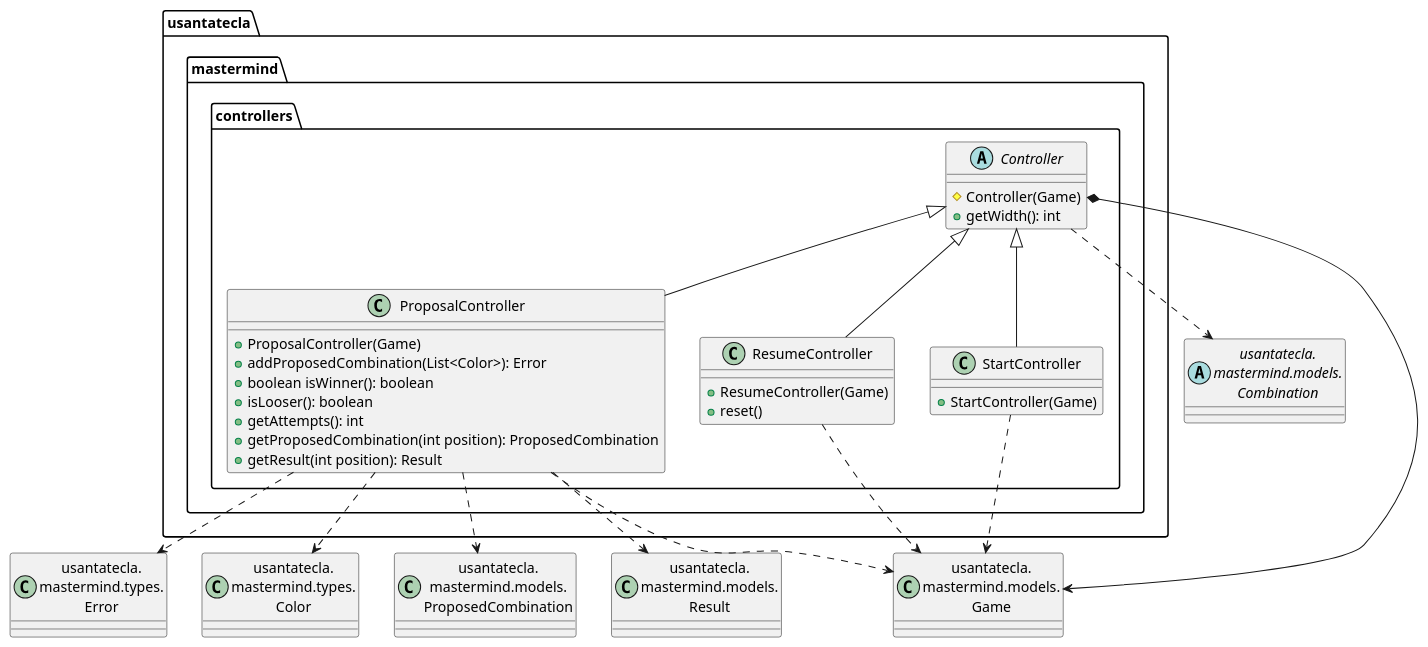
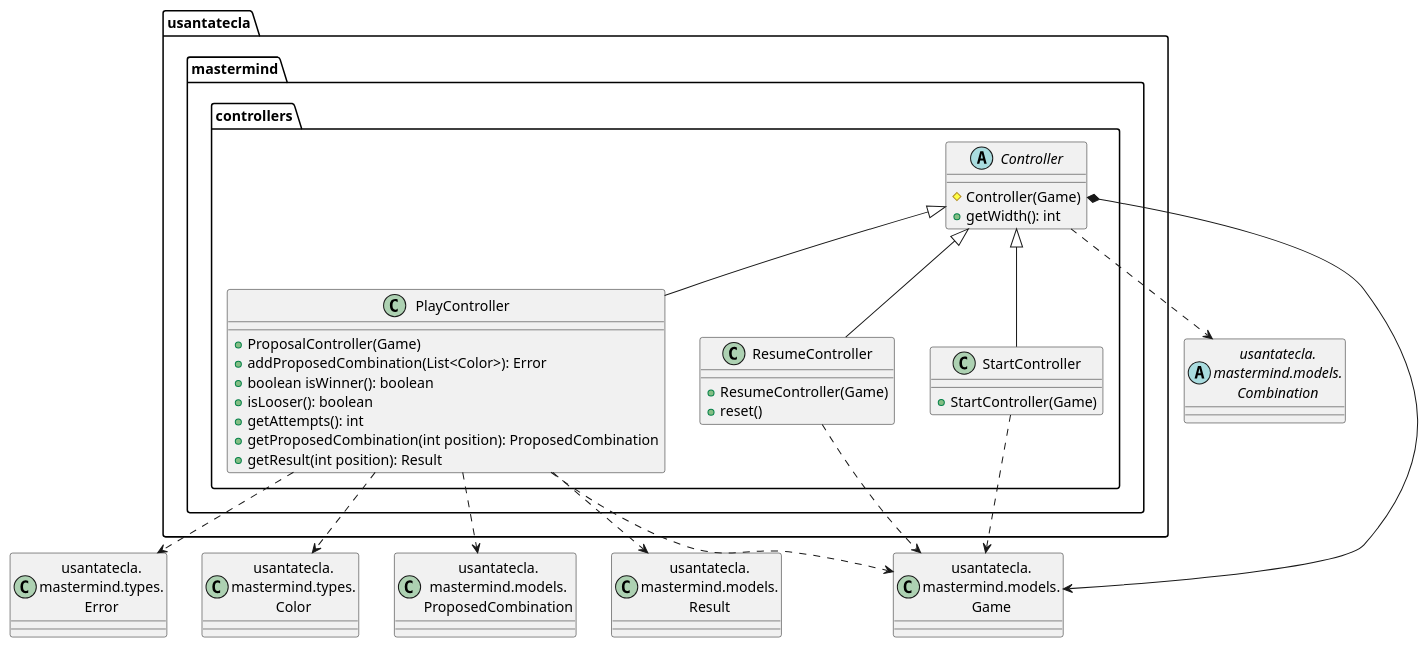
Before and after one commit to SantaTecla-mastermind/solution.java.swing.socket.sql: the fourth of 7 diagrams in modelViewPresenter/presentationModel/basic/docs/diagrams/src/paquetes.plantuml, drawn with PlantUML. The commit also changed 93 other files, not shown here.

```diff
--- a/modelViewPresenter/presentationModel/basic/docs/diagrams/src/paquetes.plantuml
+++ b/modelViewPresenter/presentationModel/basic/docs/diagrams/src/paquetes.plantuml
@@ -220,45 +220,45 @@
 @startuml usantatecla.mastermind.controllers
 
 abstract class Combination as "usantatecla.\nmastermind.models.\nCombination"
 class Game as "usantatecla.\nmastermind.models.\nGame"
 class Error as "usantatecla.\nmastermind.types.\nError"
 class Color as "usantatecla.\nmastermind.types.\nColor"
 class ProposedCombination as "usantatecla.\nmastermind.models.\nProposedCombination"
 class Result as "usantatecla.\nmastermind.models.\nResult"
 
 abstract class usantatecla.mastermind.controllers.Controller {
     # Controller(Game)
     + getWidth(): int
 }
 usantatecla.mastermind.controllers.Controller *-down-> Game
 usantatecla.mastermind.controllers.Controller .down.> Combination
 
 class usantatecla.mastermind.controllers.StartController {
     + StartController(Game)
 }
 usantatecla.mastermind.controllers.Controller <|-down- usantatecla.mastermind.controllers.StartController
 usantatecla.mastermind.controllers.StartController .down.> Game
 
-class usantatecla.mastermind.controllers.ProposalController {
+class usantatecla.mastermind.controllers.PlayController {
     + ProposalController(Game)
     + addProposedCombination(List<Color>): Error
     + boolean isWinner(): boolean
     + isLooser(): boolean
     + getAttempts(): int
     + getProposedCombination(int position): ProposedCombination
     + getResult(int position): Result
 }
-usantatecla.mastermind.controllers.Controller <|-down- usantatecla.mastermind.controllers.ProposalController
-usantatecla.mastermind.controllers.ProposalController .down.> Error
-usantatecla.mastermind.controllers.ProposalController .down.> ProposedCombination
-usantatecla.mastermind.controllers.ProposalController .down.> Result
-usantatecla.mastermind.controllers.ProposalController .down.> Color
-usantatecla.mastermind.controllers.ProposalController .down.> Game
+usantatecla.mastermind.controllers.Controller <|-down- usantatecla.mastermind.controllers.PlayController
+usantatecla.mastermind.controllers.PlayController .down.> Error
+usantatecla.mastermind.controllers.PlayController .down.> ProposedCombination
+usantatecla.mastermind.controllers.PlayController .down.> Result
+usantatecla.mastermind.controllers.PlayController .down.> Color
+usantatecla.mastermind.controllers.PlayController .down.> Game
 
 class usantatecla.mastermind.controllers.ResumeController {
     + ResumeController(Game)
     + reset()
 }
 usantatecla.mastermind.controllers.Controller <|-down- usantatecla.mastermind.controllers.ResumeController
 usantatecla.mastermind.controllers.ResumeController .down.> Game
 @enduml
```
